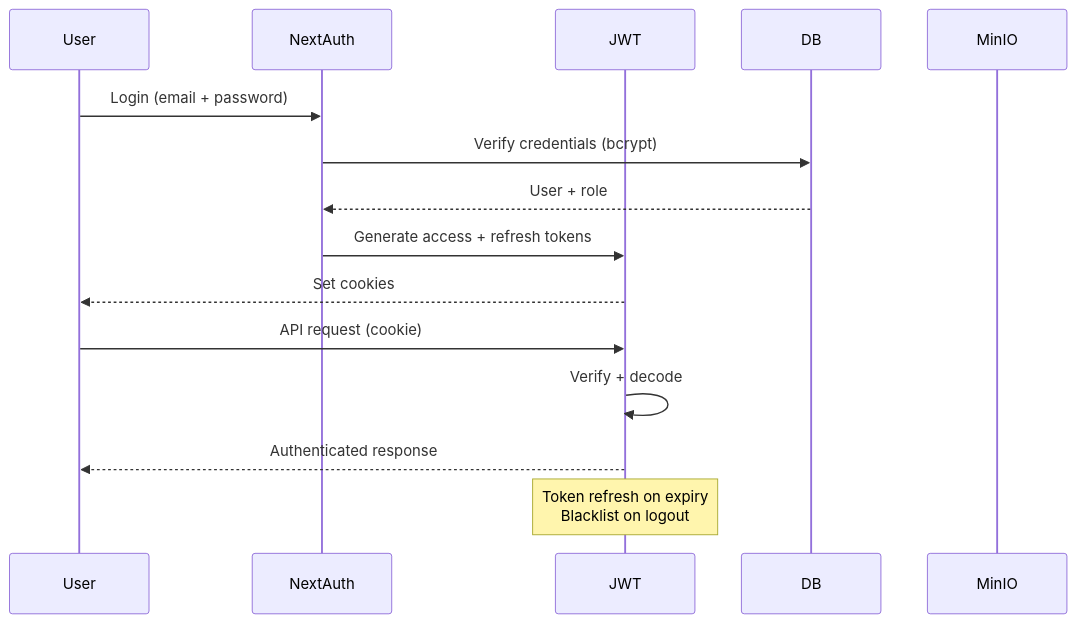
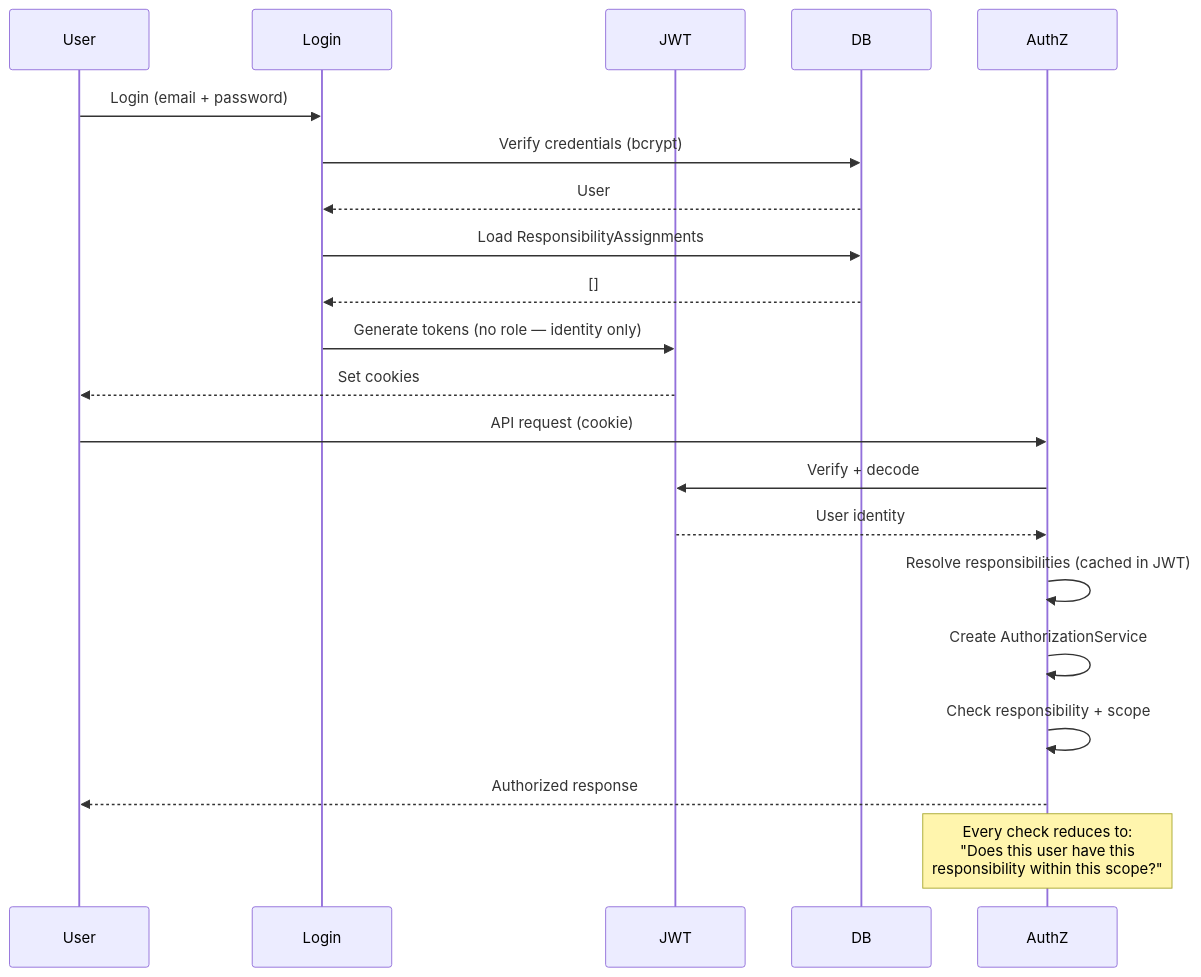
One commit to Newer1107/EMQPGS changed the fourth of 6 diagrams in README.md. Above: the diagram before and after it, drawn with Mermaid. The commit also changed other lines of this file and 139 other files, not shown here.

First line of the commit message:
feat: migrate to responsibility-based authorization model

````diff
--- a/README.md
+++ b/README.md
@@ -115,18 +130,25 @@
 ```mermaid
 sequenceDiagram
     participant User
-    participant NextAuth
+    participant Login
     participant JWT
     participant DB
-    participant MinIO
+    participant AuthZ
 
-    User->>NextAuth: Login (email + password)
-    NextAuth->>DB: Verify credentials (bcrypt)
-    DB-->>NextAuth: User + role
-    NextAuth->>JWT: Generate access + refresh tokens
+    User->>Login: Login (email + password)
+    Login->>DB: Verify credentials (bcrypt)
+    DB-->>Login: User
+    Login->>DB: Load ResponsibilityAssignments
+    DB-->>Login: []
+    Login->>JWT: Generate tokens (no role — identity only)
     JWT-->>User: Set cookies
-    User->>JWT: API request (cookie)
-    JWT->>JWT: Verify + decode
-    JWT-->>User: Authenticated response
-    Note over JWT: Token refresh on expiry<br/>Blacklist on logout
+
+    User->>AuthZ: API request (cookie)
+    AuthZ->>JWT: Verify + decode
+    JWT-->>AuthZ: User identity
+    AuthZ->>AuthZ: Resolve responsibilities (cached in JWT)
+    AuthZ->>AuthZ: Create AuthorizationService
+    AuthZ->>AuthZ: Check responsibility + scope
+    AuthZ-->>User: Authorized response
+    Note over AuthZ: Every check reduces to:<br/>"Does this user have this<br/>responsibility within this scope?"
 ```
````
